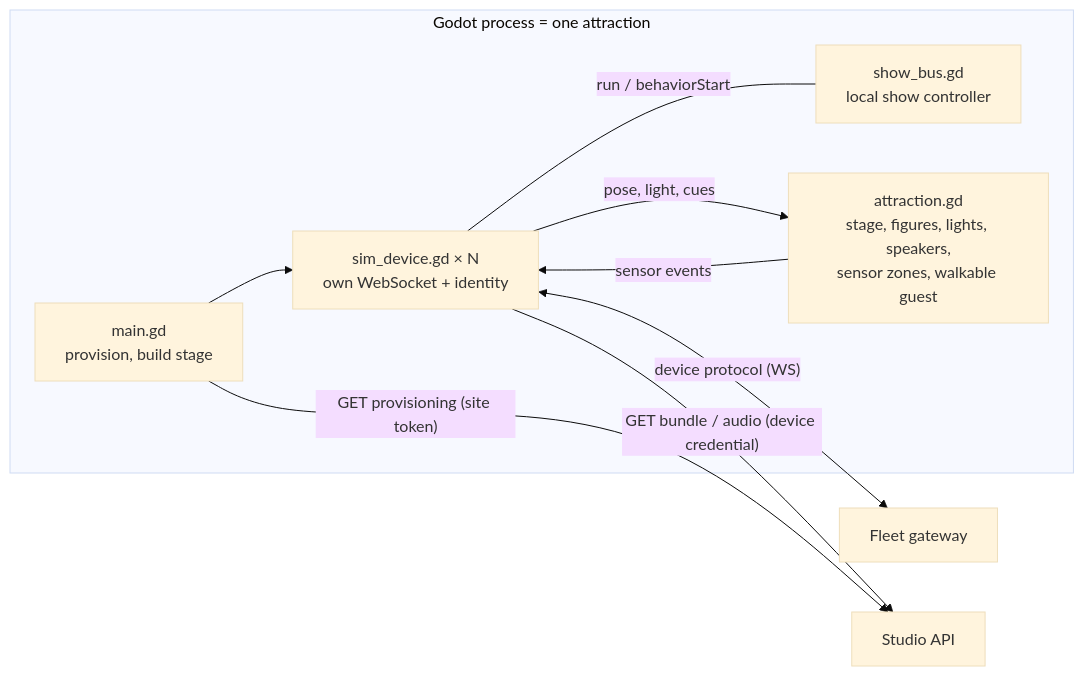
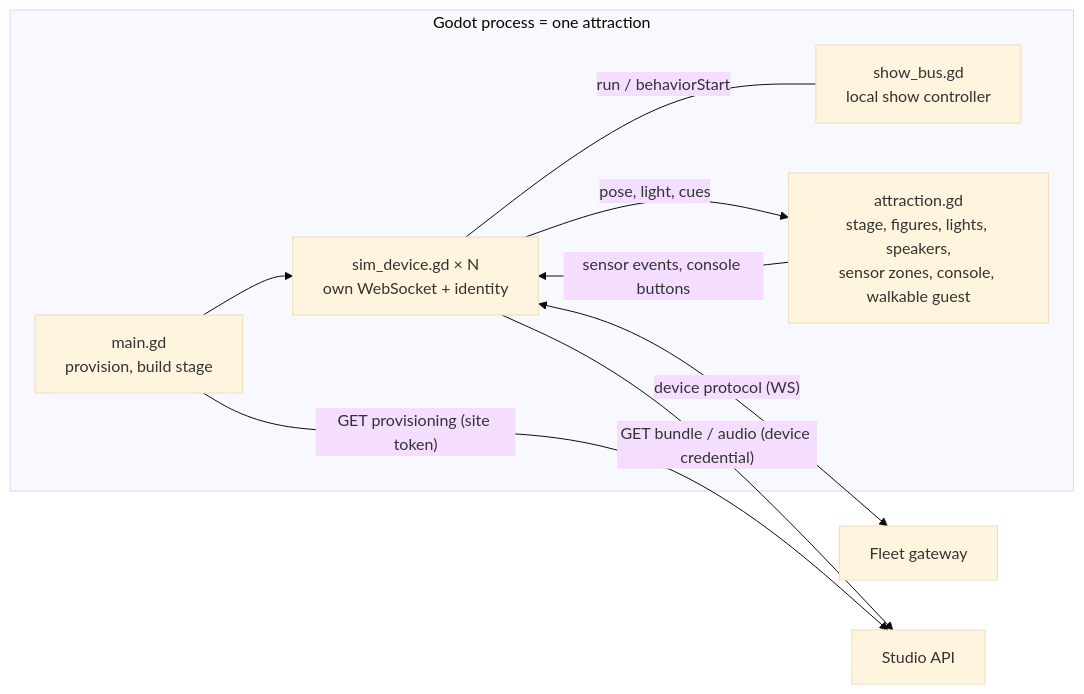
The diagram in docs/engine-integration.md (dulyahackana/showstudio), drawn with Mermaid (base theme) before and after one commit. The commit also changed other lines of this file and 97 other files, not shown here.

````diff
--- a/docs/engine-integration.md
+++ b/docs/engine-integration.md
@@ -19,12 +19,12 @@
 ```mermaid
 flowchart LR
   subgraph Godot["Godot process = one attraction"]
     P["main.gd<br/>provision, build stage"] --> D["sim_device.gd × N<br/>own WebSocket + identity"]
     D -- "run / behaviorStart" --- B["show_bus.gd<br/>local show controller"]
-    A["attraction.gd<br/>stage, figures, lights, speakers,<br/>sensor zones, walkable guest"] -- "sensor events" --> D
+    A["attraction.gd<br/>stage, figures, lights, speakers,<br/>sensor zones, console, walkable guest"] -- "sensor events, console buttons" --> D
     D -- "pose, light, cues" --> A
   end
   D <-- "device protocol (WS)" --> F["Fleet gateway"]
   D -- "GET bundle / audio (device credential)" --> S["Studio API"]
   P -- "GET provisioning (site token)" --> S
 ```
````
